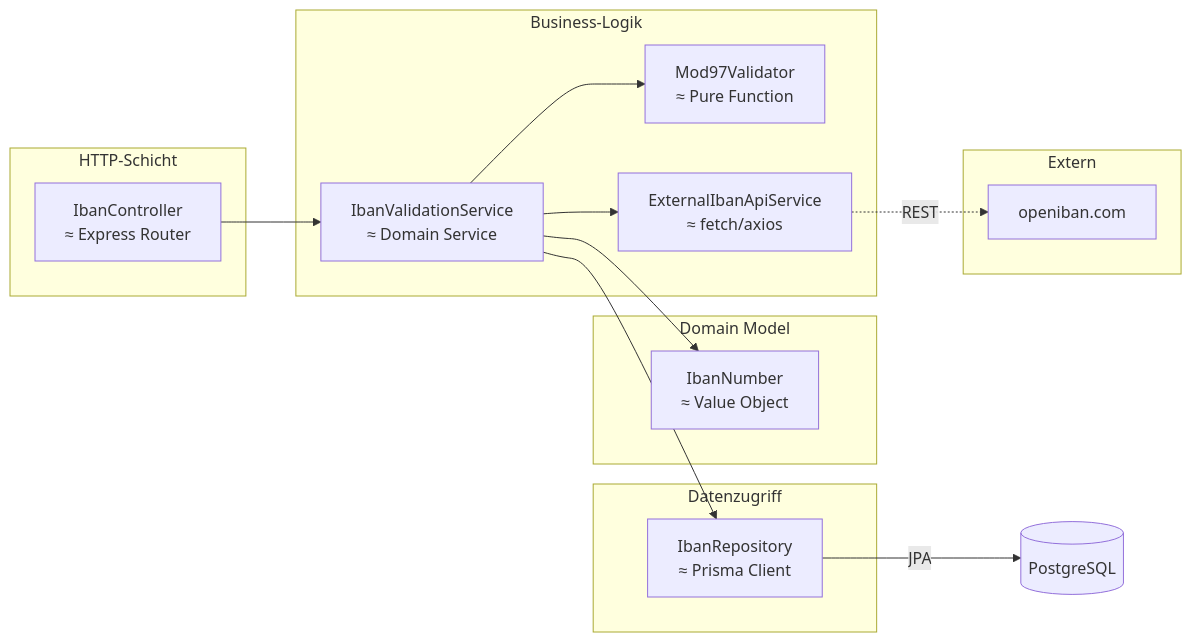
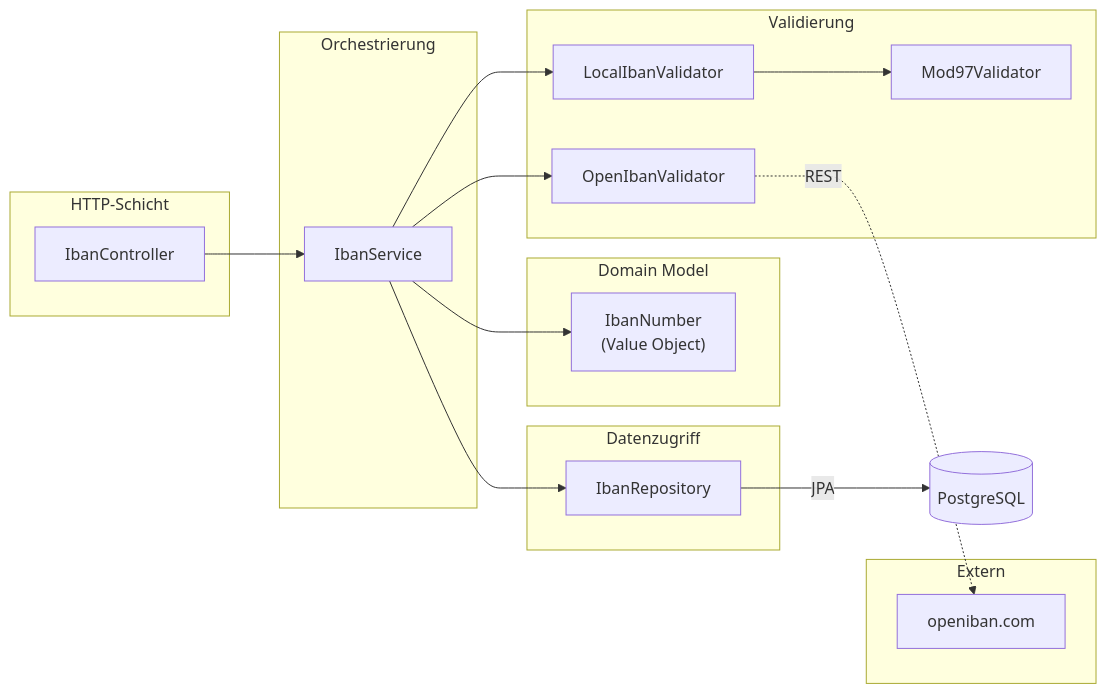
Before and after one commit to nicograef/lexiban: the third of 6 diagrams in docs/presentation.md, drawn with Mermaid. The commit also changed other lines of this file, not shown here.

````diff
--- a/docs/presentation.md
+++ b/docs/presentation.md
@@ -174,28 +155,32 @@
 ```mermaid
 graph LR
     subgraph Controller ["HTTP-Schicht"]
-        IC["IbanController\n≈ Express Router"]
+        IC["IbanController"]
     end
-    subgraph Service ["Business-Logik"]
-        IVS["IbanValidationService\n≈ Domain Service"]
-        M97["Mod97Validator\n≈ Pure Function"]
-        EAS["ExternalIbanApiService\n≈ fetch/axios"]
+    subgraph Service ["Orchestrierung"]
+        IS["IbanService"]
     end
-    subgraph ValueObjects ["Domain Model"]
-        VO["IbanNumber\n≈ Value Object"]
+    subgraph Validators ["Validierung"]
+        LV["LocalIbanValidator"]
+        OV["OpenIbanValidator"]
+        M97["Mod97Validator"]
+    end
+    subgraph Domain ["Domain Model"]
+        VO["IbanNumber\n(Value Object)"]
     end
     subgraph Repository ["Datenzugriff"]
-        IR["IbanRepository\n≈ Prisma Client"]
+        IR["IbanRepository"]
     end
     subgraph External ["Extern"]
         API["openiban.com"]
     end
 
-    IC --> IVS
-    IVS --> M97
-    IVS --> EAS
-    IVS --> IR
-    IVS --> VO
-    EAS -.->|"REST"| API
+    IC --> IS
+    IS --> LV
+    IS --> OV
+    IS --> IR
+    IS --> VO
+    LV --> M97
+    OV -.->|"REST"| API
     IR -->|"JPA"| DB[("PostgreSQL")]
 ```
````
